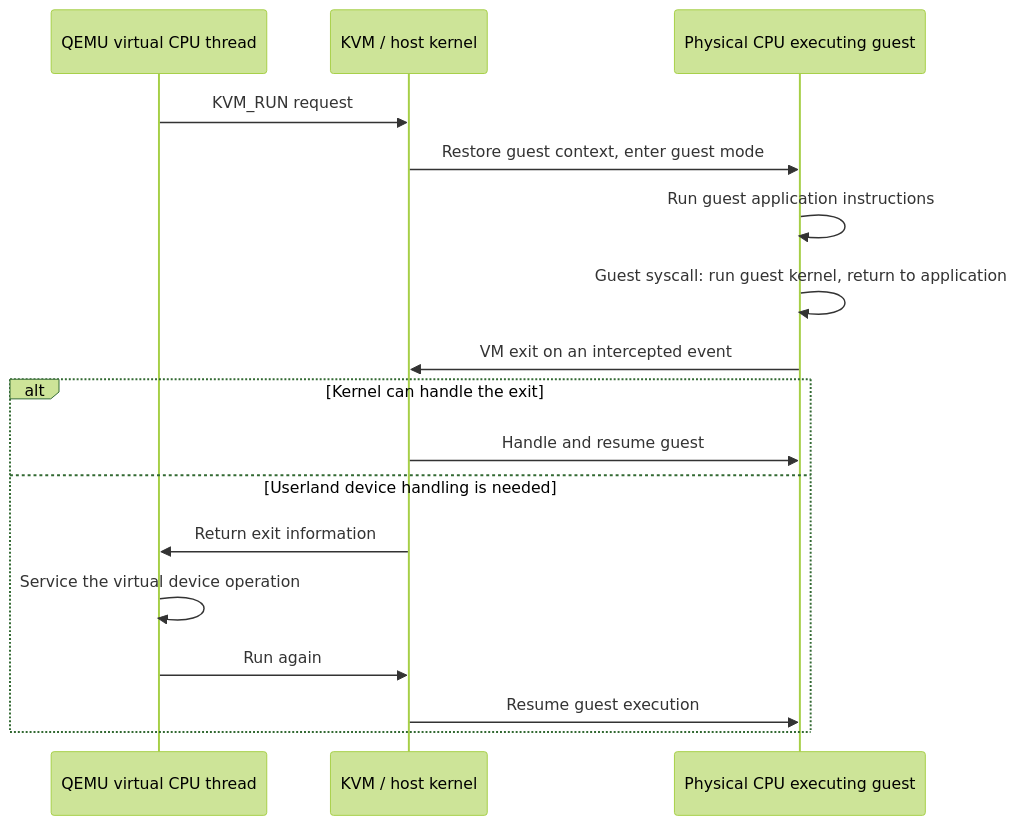
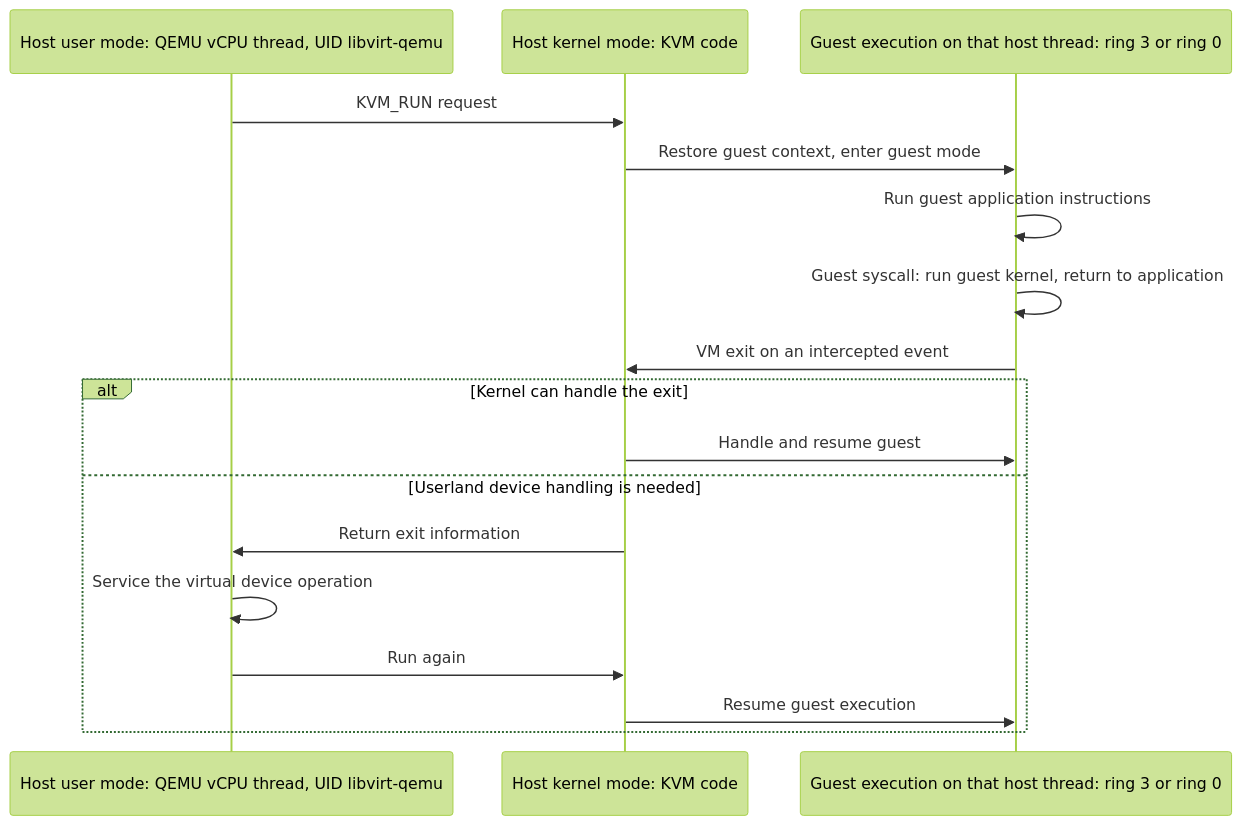
One commit to andyjakubowski/dotfiles-ubuntu changed the sixth of 9 diagrams in docs/gpu-vm-explained.md. Above: the diagram before and after it, drawn with Mermaid (forest theme). The commit also changed other lines of this file and 9 other files, not shown here.

````diff
--- a/docs/gpu-vm-explained.md
+++ b/docs/gpu-vm-explained.md
@@ -280,19 +570,19 @@
 ```mermaid
 sequenceDiagram
-    participant Q as QEMU virtual CPU thread
-    participant K as KVM / host kernel
-    participant C as Physical CPU executing guest
+    participant Q as Host user mode: QEMU vCPU thread, UID libvirt-qemu
+    participant K as Host kernel mode: KVM code
+    participant C as Guest execution on that host thread: ring 3 or ring 0
     Q->>K: KVM_RUN request
     K->>C: Restore guest context, enter guest mode
     C->>C: Run guest application instructions
     C->>C: Guest syscall: run guest kernel, return to application
     C->>K: VM exit on an intercepted event
     alt Kernel can handle the exit
         K->>C: Handle and resume guest
     else Userland device handling is needed
         K->>Q: Return exit information
         Q->>Q: Service the virtual device operation
         Q->>K: Run again
         K->>C: Resume guest execution
     end
 ```
````
